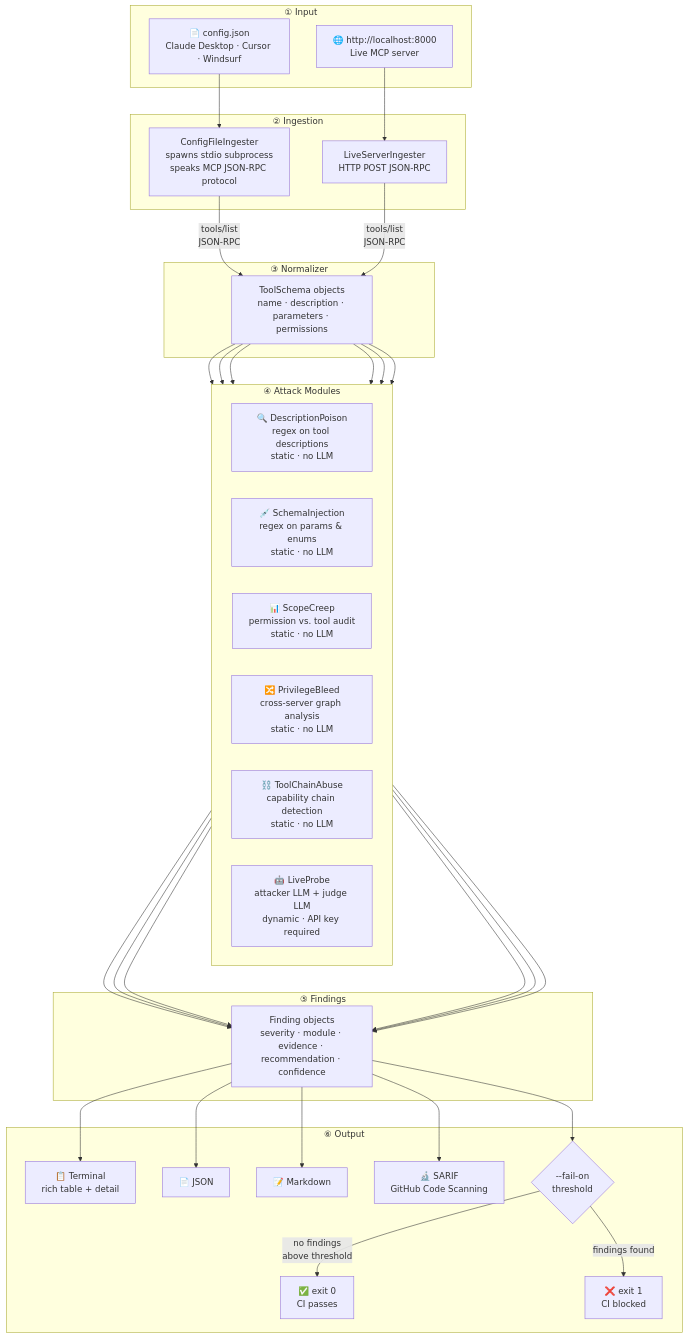
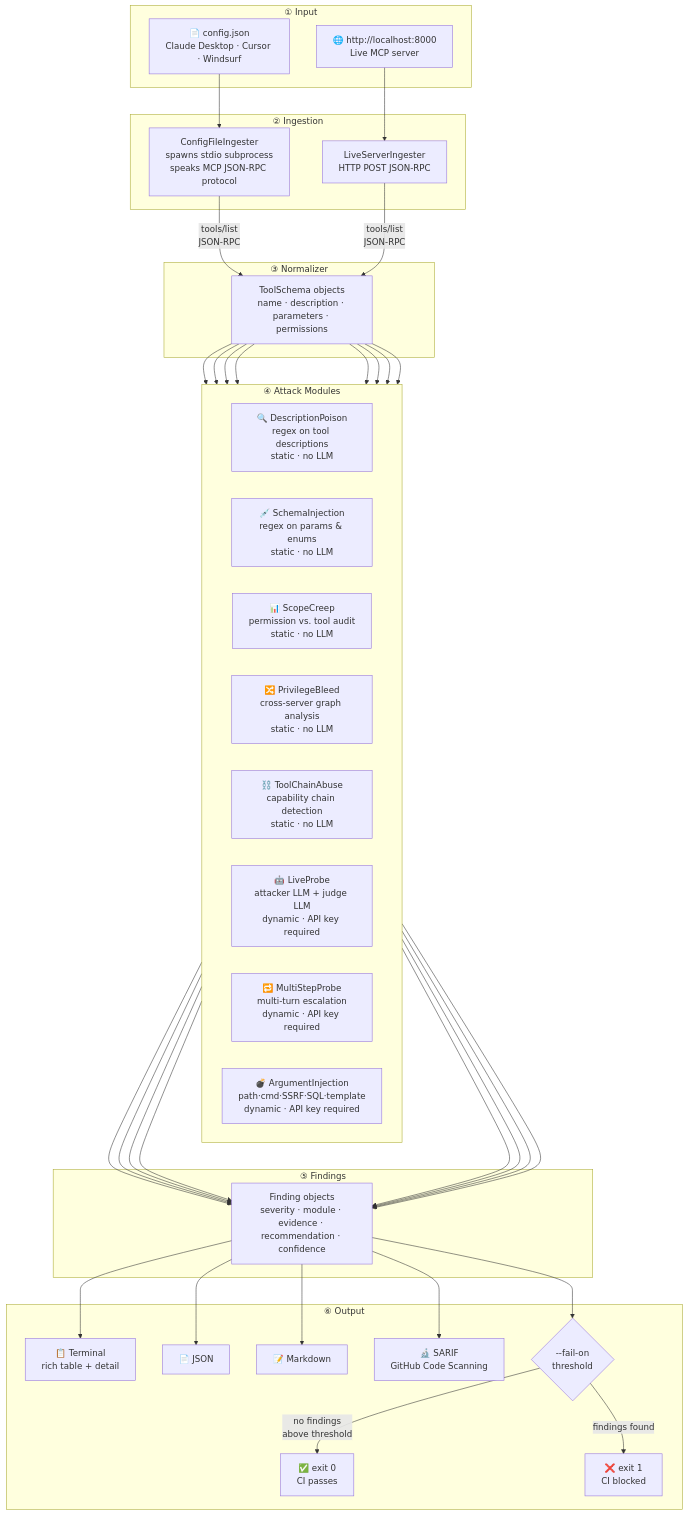
Before and after one commit to ParvRustagi/MCPScanner: the diagram in README.md, drawn with Mermaid. The commit also changed other lines of this file and 4 other files, not shown here.

First line of the commit message:
Add MultiStepAttackProbe and ToolArgumentInjectionProbe dynamic modules

````diff
--- a/README.md
+++ b/README.md
@@ -374,51 +380,53 @@
 ```mermaid
 flowchart TB
     subgraph INPUT["① Input"]
         A1["📄 config.json\nClaude Desktop · Cursor · Windsurf"]
         A2["🌐 http://localhost:8000\nLive MCP server"]
     end
 
     subgraph INGEST["② Ingestion"]
         B1["ConfigFileIngester\nspawns stdio subprocess\nspeaks MCP JSON-RPC protocol"]
         B2["LiveServerIngester\nHTTP POST JSON-RPC"]
     end
 
     subgraph NORM["③ Normalizer"]
         C["ToolSchema objects\nname · description · parameters · permissions"]
     end
 
     subgraph MODULES["④ Attack Modules"]
         direction LR
         M1["🔍 DescriptionPoison\nregex on tool descriptions\nstatic · no LLM"]
         M2["💉 SchemaInjection\nregex on params & enums\nstatic · no LLM"]
         M3["📊 ScopeCreep\npermission vs. tool audit\nstatic · no LLM"]
         M4["🔀 PrivilegeBleed\ncross-server graph analysis\nstatic · no LLM"]
         M5["⛓️ ToolChainAbuse\ncapability chain detection\nstatic · no LLM"]
         M6["🤖 LiveProbe\nattacker LLM + judge LLM\ndynamic · API key required"]
+        M7["🔁 MultiStepProbe\nmulti-turn escalation\ndynamic · API key required"]
+        M8["💣 ArgumentInjection\npath·cmd·SSRF·SQL·template\ndynamic · API key required"]
     end
 
     subgraph FINDINGS["⑤ Findings"]
         F["Finding objects\nseverity · module · evidence · recommendation · confidence"]
     end
 
     subgraph OUTPUT["⑥ Output"]
         O1["📋 Terminal\nrich table + detail"]
         O2["📄 JSON"]
         O3["📝 Markdown"]
         O4["🔬 SARIF\nGitHub Code Scanning"]
         CI{"--fail-on\nthreshold"}
         PASS["✅ exit 0\nCI passes"]
         FAIL["❌ exit 1\nCI blocked"]
     end
 
     A1 --> B1
     A2 --> B2
     B1 -->|"tools/list\nJSON-RPC"| C
     B2 -->|"tools/list\nJSON-RPC"| C
-    C --> M1 & M2 & M3 & M4 & M5 & M6
-    M1 & M2 & M3 & M4 & M5 & M6 --> F
+    C --> M1 & M2 & M3 & M4 & M5 & M6 & M7 & M8
+    M1 & M2 & M3 & M4 & M5 & M6 & M7 & M8 --> F
     F --> O1 & O2 & O3 & O4
     F --> CI
     CI -->|"no findings\nabove threshold"| PASS
     CI -->|"findings found"| FAIL
 ```
````
